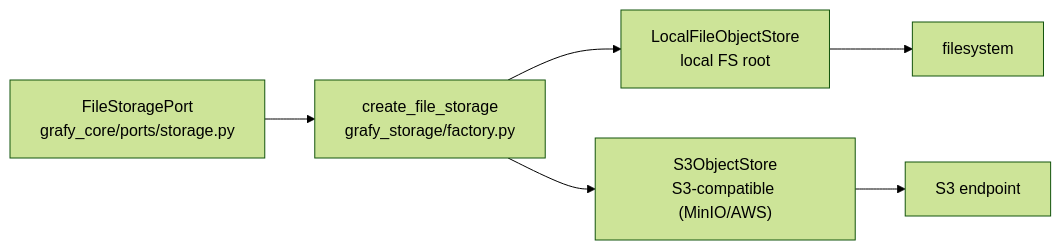
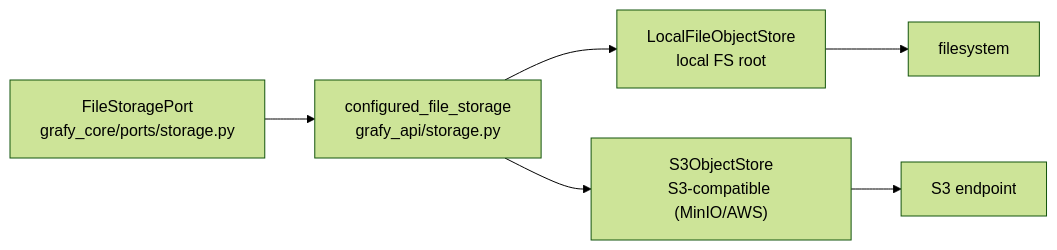
Before and after one commit to artpods56/grafY: the ninth of 13 diagrams in docs/design/backend-architecture.md, drawn with Mermaid (forest theme). The commit also changed other lines of this file and 4 other files, not shown here.

Commit message:
refactor(api): own storage backend selection in configuration

````diff
--- a/docs/design/backend-architecture.md
+++ b/docs/design/backend-architecture.md
@@ -393,8 +393,8 @@
 ```mermaid
 flowchart LR
-    Core["FileStoragePort\ngrafy_core/ports/storage.py"] --> Factory["create_file_storage\ngrafy_storage/factory.py"]
+    Core["FileStoragePort\ngrafy_core/ports/storage.py"] --> Factory["configured_file_storage\ngrafy_api/storage.py"]
     Factory --> Local["LocalFileObjectStore\nlocal FS root"]
     Factory --> S3["S3ObjectStore\nS3-compatible (MinIO/AWS)"]
     Local --> FS["filesystem"]
     S3 --> Endpoint["S3 endpoint"]
 ```
````
